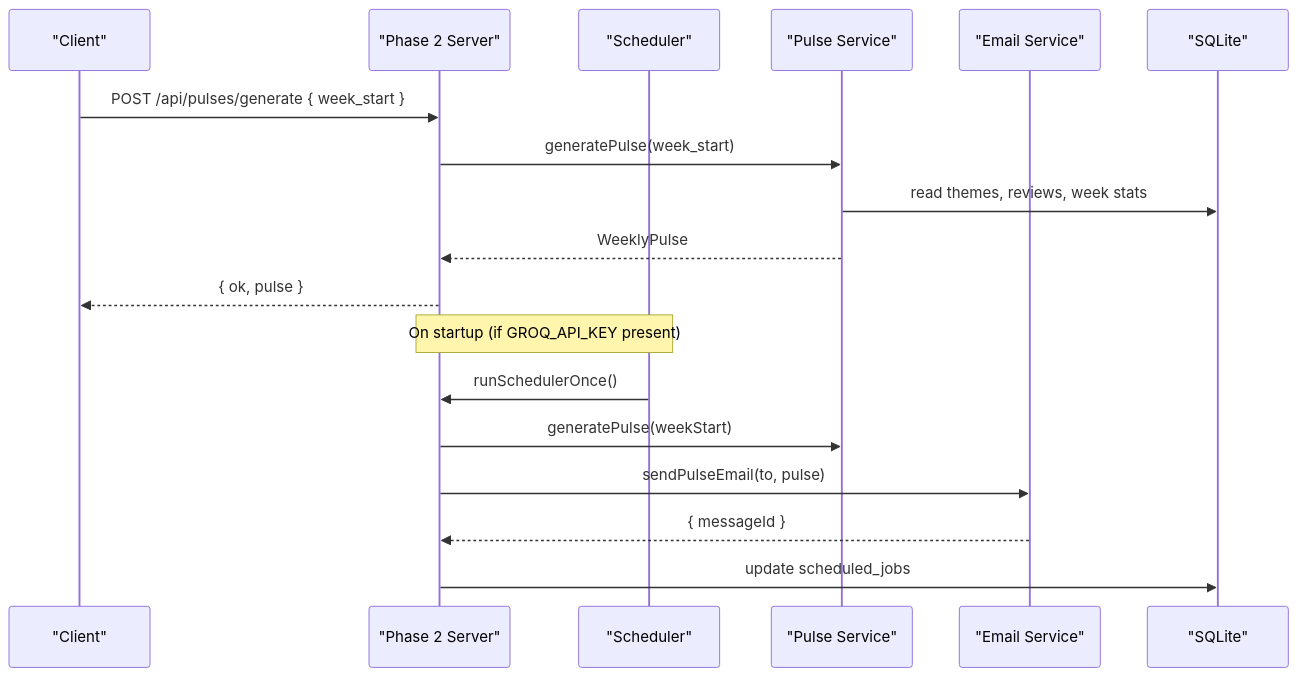
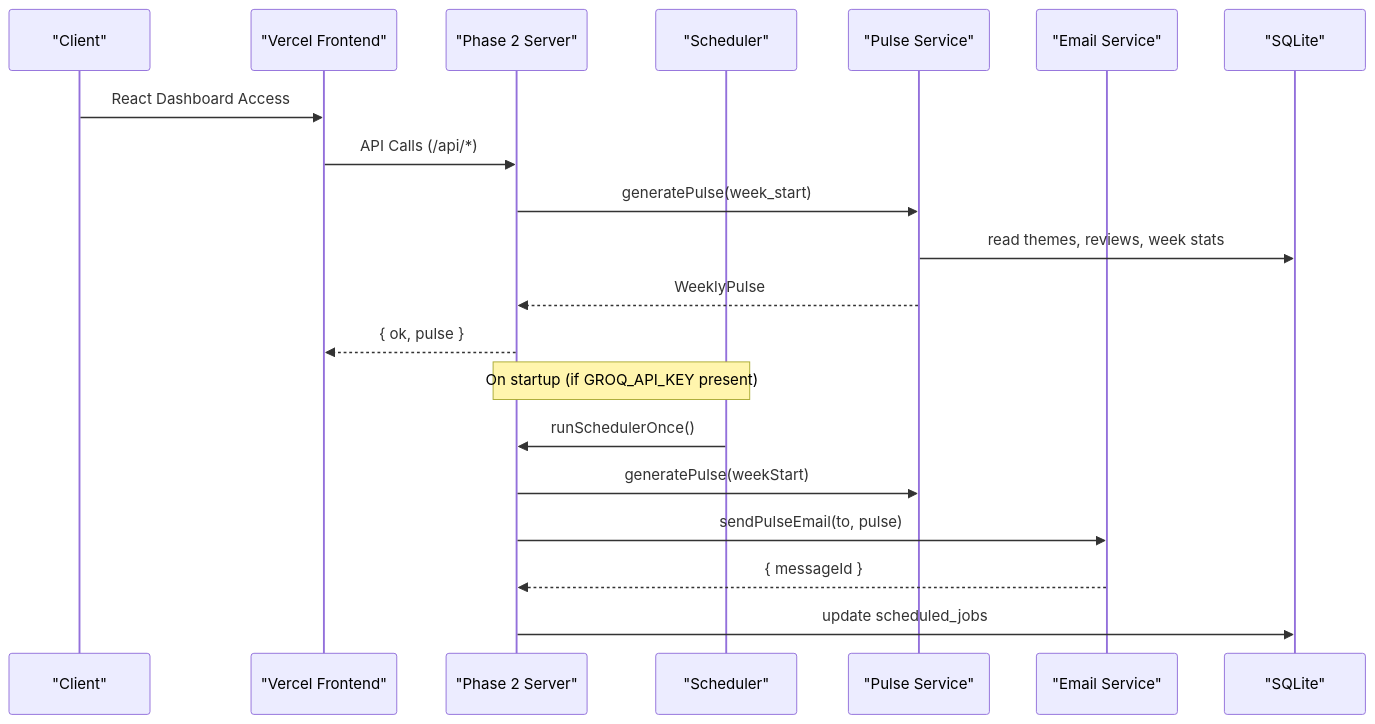
One commit to aravinthraj-ramalingam/Groww-App-Review-Insights-Analyzer- changed the second of 5 diagrams in .qoder/repowiki/en/content/Deployment & Operations.md. Above: the diagram before and after it, drawn with Mermaid. The commit also changed other lines of this file and 3 other files, not shown here.

````diff
--- a/.qoder/repowiki/en/content/Deployment & Operations.md
+++ b/.qoder/repowiki/en/content/Deployment & Operations.md
@@ -163,20 +183,22 @@
 ```mermaid
 sequenceDiagram
 participant Client as "Client"
+participant Vercel as "Vercel Frontend"
 participant P2Server as "Phase 2 Server"
 participant Scheduler as "Scheduler"
 participant Pulse as "Pulse Service"
 participant Email as "Email Service"
 participant DB as "SQLite"
-Client->>P2Server : POST /api/pulses/generate { week_start }
+Client->>Vercel : React Dashboard Access
+Vercel->>P2Server : API Calls (/api/*)
 P2Server->>Pulse : generatePulse(week_start)
 Pulse->>DB : read themes, reviews, week stats
 Pulse-->>P2Server : WeeklyPulse
-P2Server-->>Client : { ok, pulse }
+P2Server-->>Vercel : { ok, pulse }
 Note over Scheduler,P2Server : On startup (if GROQ_API_KEY present)
 Scheduler->>P2Server : runSchedulerOnce()
 P2Server->>Pulse : generatePulse(weekStart)
 P2Server->>Email : sendPulseEmail(to, pulse)
 Email-->>P2Server : { messageId }
 P2Server->>DB : update scheduled_jobs
 ```
````
